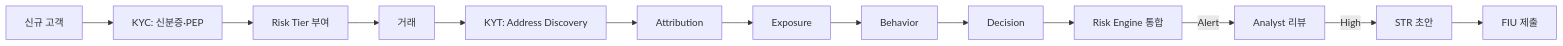
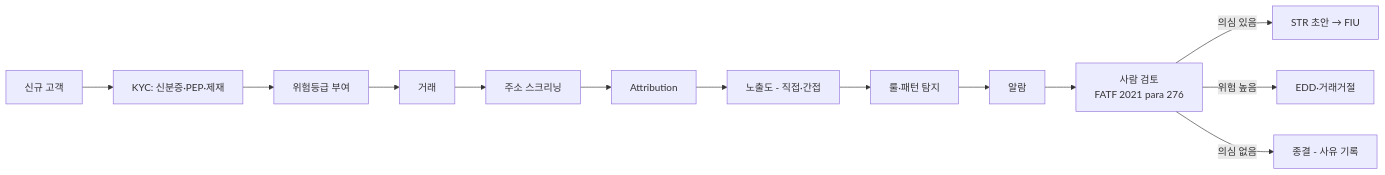
Before and after one commit to lala-david/aml-notes: the third of 3 diagrams in curriculum/day_29.md, drawn with Mermaid. The commit also changed other lines of this file and 233 other files, not shown here.

````diff
--- a/curriculum/day_29.md
+++ b/curriculum/day_29.md
@@ -76,15 +74,15 @@
 ```mermaid
 flowchart LR
-    N[신규 고객] --> K1[KYC: 신분증·PEP]
-    K1 --> T1[Risk Tier 부여]
-    T1 --> TR[거래]
-    TR --> K2[KYT: Address Discovery]
-    K2 --> K3[Attribution]
-    K3 --> K4[Exposure]
-    K4 --> K5[Behavior]
-    K5 --> K6[Decision]
-    K6 --> RE[Risk Engine 통합]
-    RE -->|Alert| A[Analyst 리뷰]
-    A -->|High| STR[STR 초안]
-    STR --> F[FIU 제출]
+    N["신규 고객"] --> K1["KYC: 신분증·PEP·제재"]
+    K1 --> T1["위험등급 부여"]
+    T1 --> TR["거래"]
+    TR --> K2["주소 스크리닝"]
+    K2 --> K3["Attribution"]
+    K3 --> K4["노출도 - 직접·간접"]
+    K4 --> K5["룰·패턴 탐지"]
+    K5 --> ALT["알람"]
+    ALT --> HUM["사람 검토<br/>FATF 2021 para 276"]
+    HUM -->|의심 있음| STR["STR 초안 → FIU"]
+    HUM -->|위험 높음| EDD["EDD·거래거절"]
+    HUM -->|의심 없음| CL["종결 - 사유 기록"]
 ```
````
